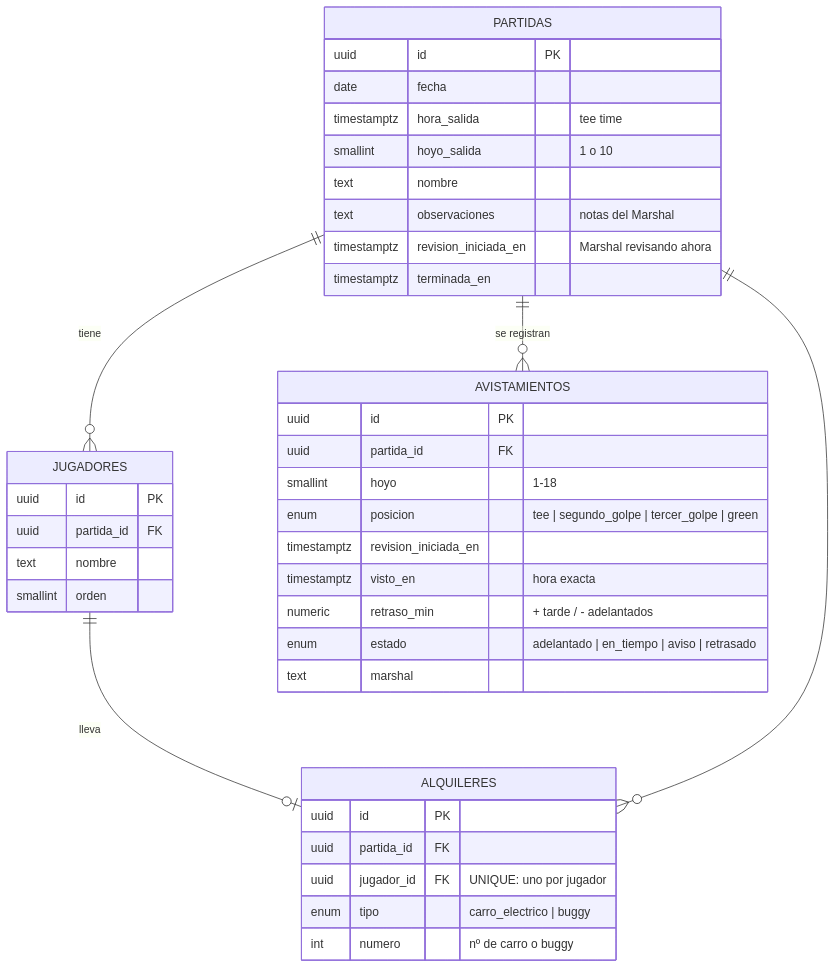
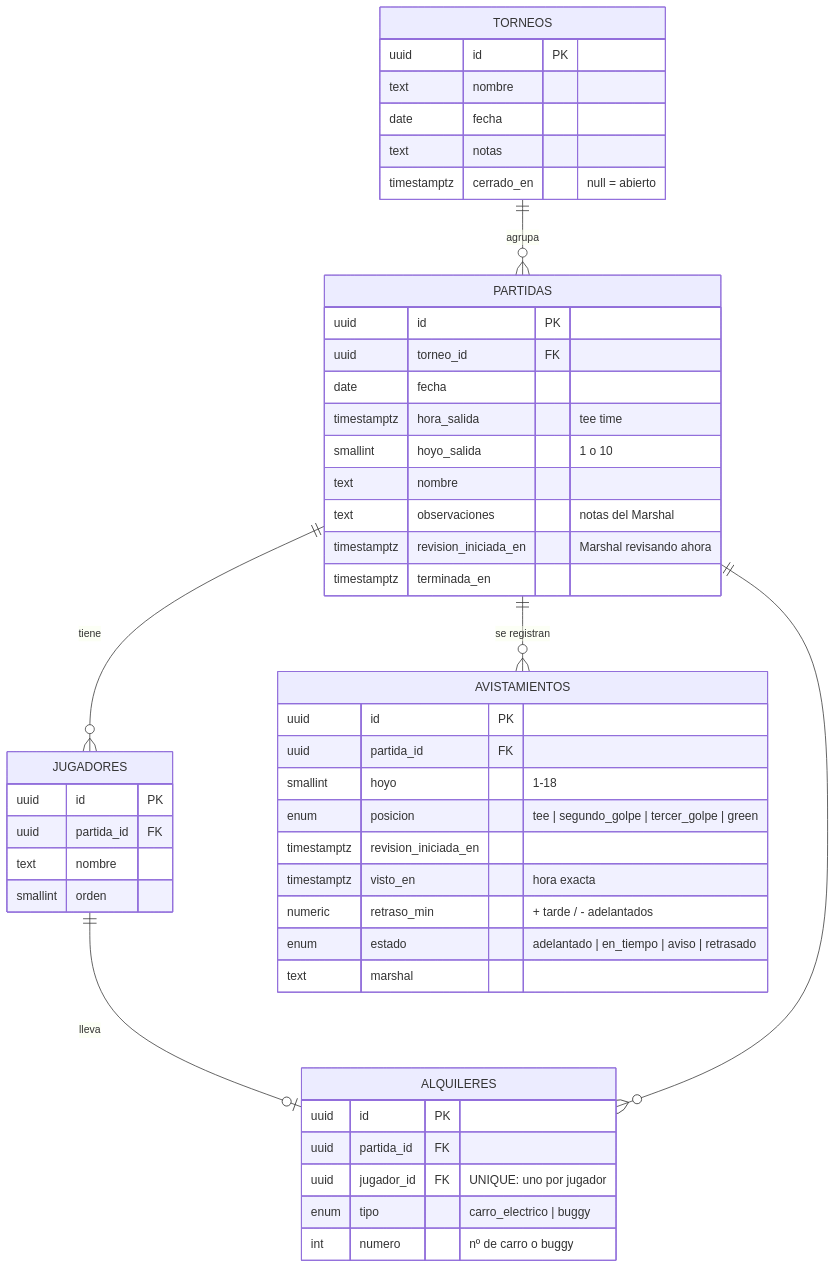
Before and after one commit to Beeltraan25/Check_jugadores: the second of 3 diagrams in docs/ARQUITECTURA.md, drawn with Mermaid. The commit also changed other lines of this file and 32 other files, not shown here.

````diff
--- a/docs/ARQUITECTURA.md
+++ b/docs/ARQUITECTURA.md
@@ -56,42 +56,51 @@
 ```mermaid
 erDiagram
+  TORNEOS ||--o{ PARTIDAS : agrupa
   PARTIDAS ||--o{ JUGADORES : tiene
   PARTIDAS ||--o{ AVISTAMIENTOS : "se registran"
   JUGADORES ||--o| ALQUILERES : lleva
   PARTIDAS ||--o{ ALQUILERES : ""
 
+  TORNEOS {
+    uuid id PK
+    text nombre
+    date fecha
+    text notas
+    timestamptz cerrado_en "null = abierto"
+  }
   PARTIDAS {
     uuid id PK
+    uuid torneo_id FK
     date fecha
     timestamptz hora_salida "tee time"
     smallint hoyo_salida "1 o 10"
     text nombre
     text observaciones "notas del Marshal"
     timestamptz revision_iniciada_en "Marshal revisando ahora"
     timestamptz terminada_en
   }
   JUGADORES {
     uuid id PK
     uuid partida_id FK
     text nombre
     smallint orden
   }
   ALQUILERES {
     uuid id PK
     uuid partida_id FK
     uuid jugador_id FK "UNIQUE: uno por jugador"
     enum tipo "carro_electrico | buggy"
     int numero "nº de carro o buggy"
   }
   AVISTAMIENTOS {
     uuid id PK
     uuid partida_id FK
     smallint hoyo "1-18"
     enum posicion "tee | segundo_golpe | tercer_golpe | green"
     timestamptz revision_iniciada_en
     timestamptz visto_en "hora exacta"
     numeric retraso_min "+ tarde / - adelantados"
     enum estado "adelantado | en_tiempo | aviso | retrasado"
     text marshal
   }
 ```
````
